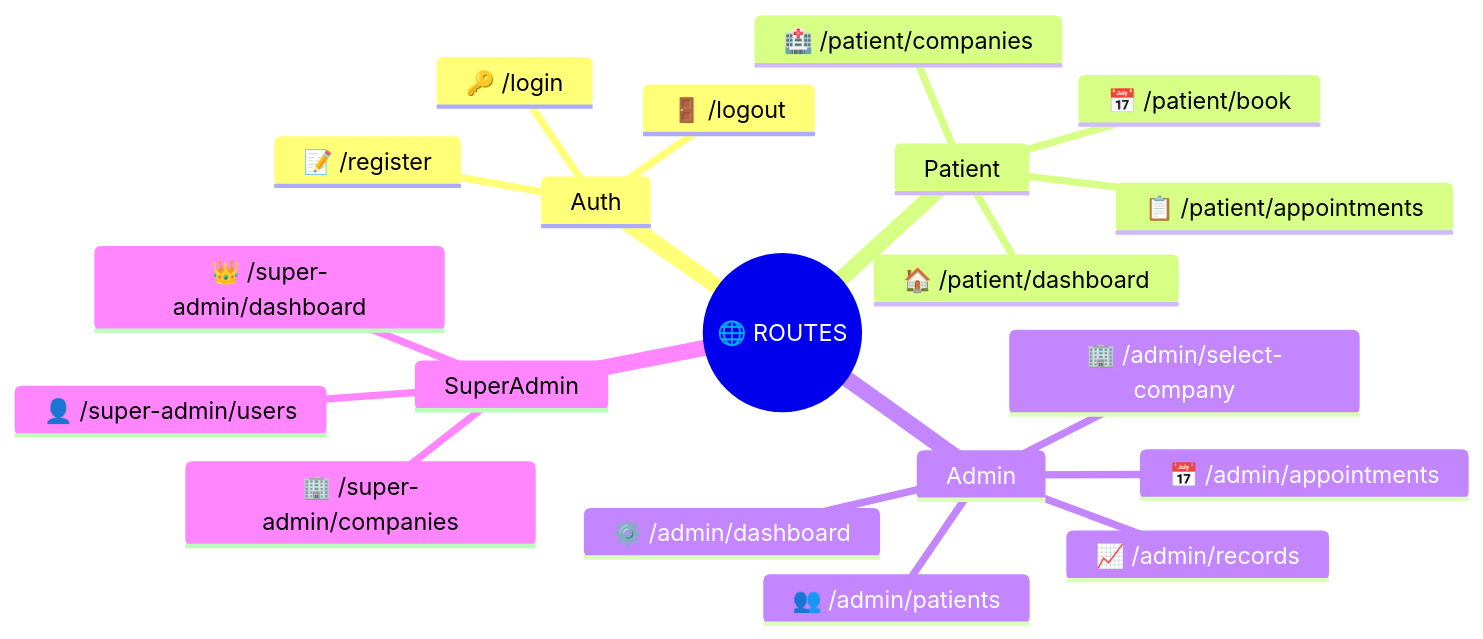
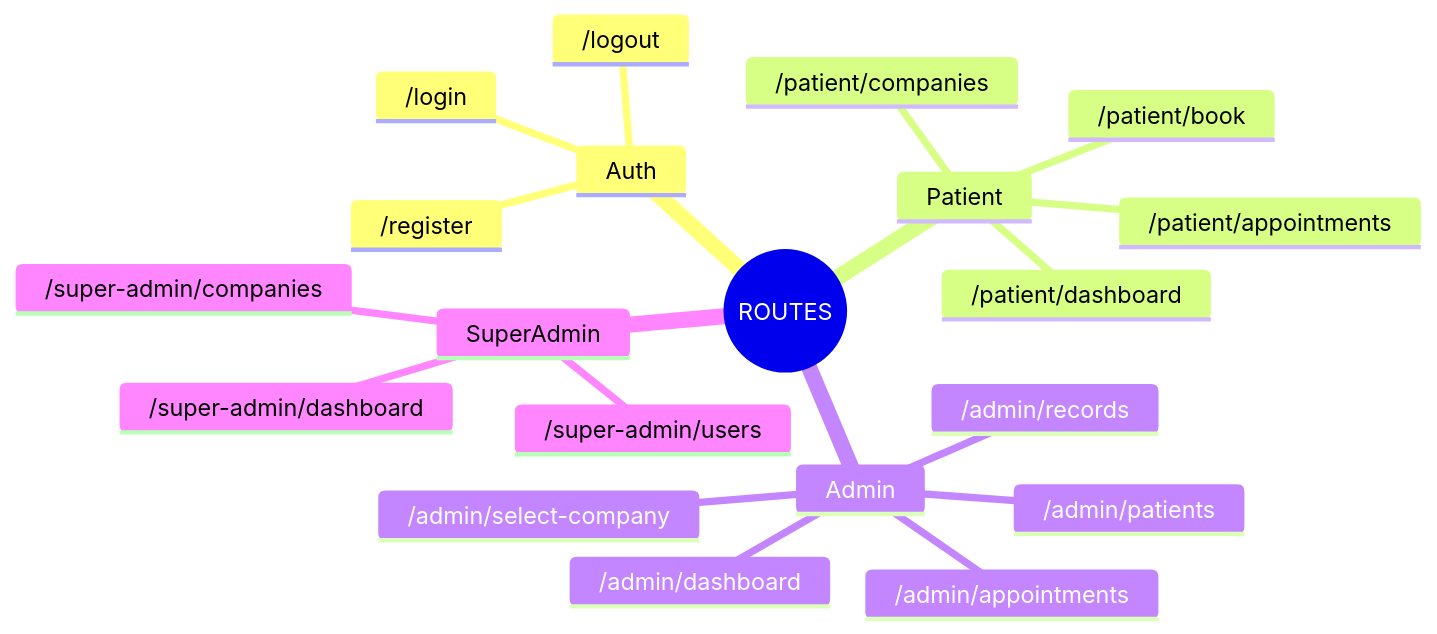
One commit to issu321/Clinic-Management-AI-Agents changed the fourth of 4 diagrams in README.md. Above: the diagram before and after it, drawn with Mermaid. The commit also changed other lines of this file, not shown here.

````diff
--- a/README.md
+++ b/README.md
@@ -904,23 +973,23 @@
 ```mermaid
 mindmap
-  root((🌐 ROUTES))
+  root((ROUTES))
     Auth
-      🔑 /login
-      📝 /register
-      🚪 /logout
+      /login
+      /register
+      /logout
     Patient
-      🏠 /patient/dashboard
-      🏥 /patient/companies
-      📅 /patient/book
-      📋 /patient/appointments
+      /patient/dashboard
+      /patient/companies
+      /patient/book
+      /patient/appointments
     Admin
-      ⚙️ /admin/dashboard
-      👥 /admin/patients
-      📅 /admin/appointments
-      📈 /admin/records
-      🏢 /admin/select-company
+      /admin/dashboard
+      /admin/patients
+      /admin/appointments
+      /admin/records
+      /admin/select-company
     SuperAdmin
-      👑 /super-admin/dashboard
-      🏢 /super-admin/companies
-      👤 /super-admin/users
+      /super-admin/dashboard
+      /super-admin/companies
+      /super-admin/users
 ```
````
